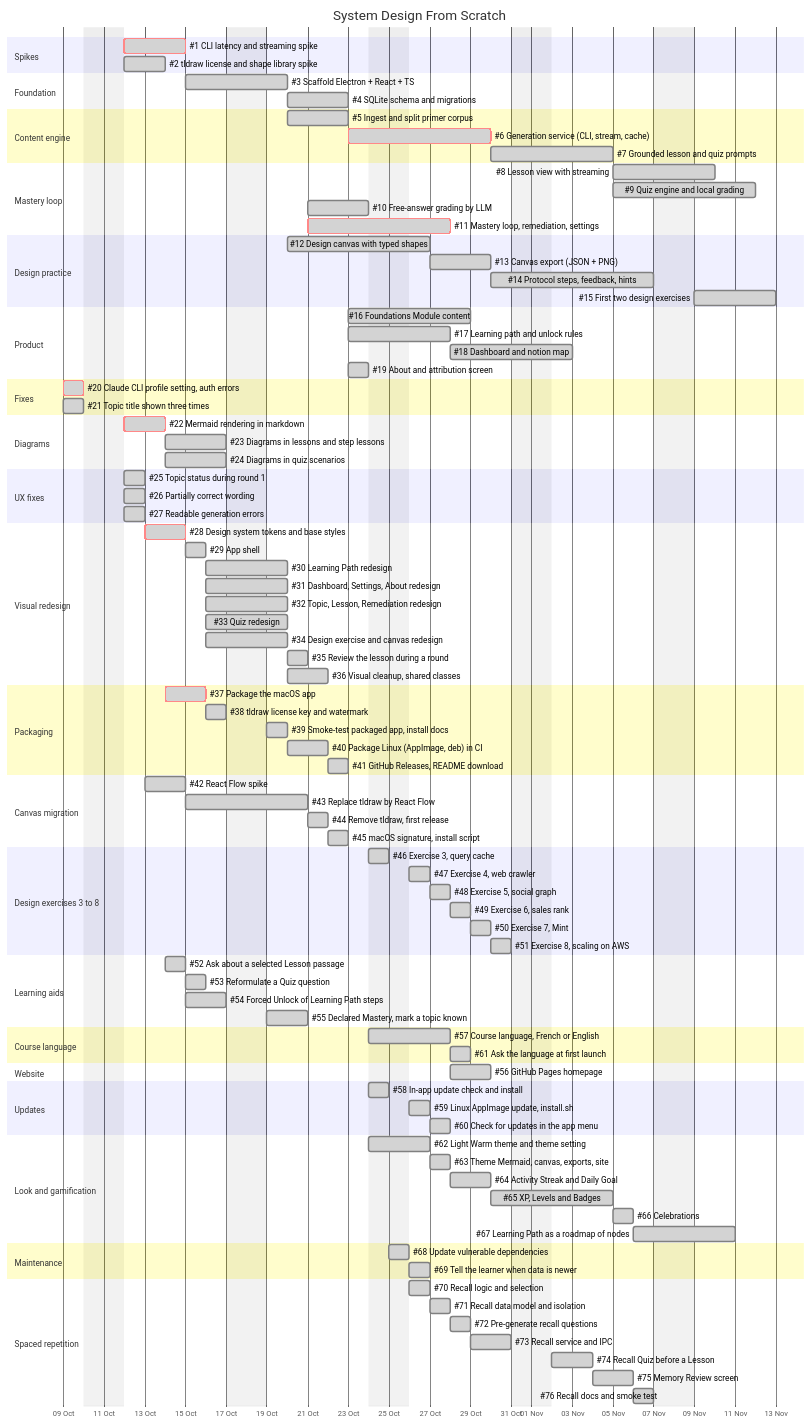
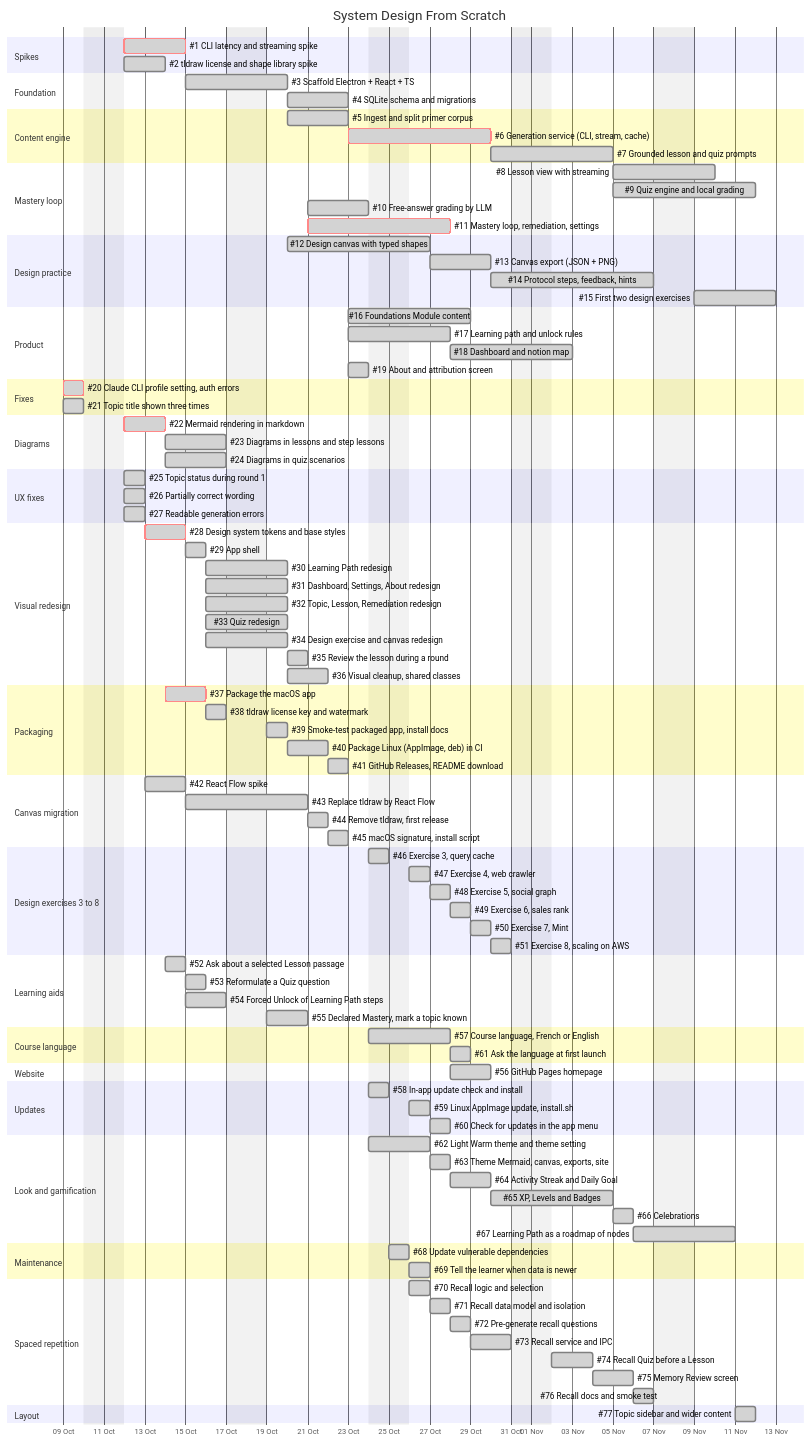
The diagram in docs/ROADMAP.md (jbclaramonte/system-design-from-scratch), drawn with Mermaid before and after one commit. The commit also changed other lines of this file and 21 other files, not shown here.

First line of the commit message:
feat: topic screen sidebar layout and wider content

````diff
--- a/docs/ROADMAP.md
+++ b/docs/ROADMAP.md
@@ -132,4 +132,7 @@
     #74 Recall Quiz before a Lesson           :done, r5, after r4, 2d
     #75 Memory Review screen                  :done, r6, after r5, 2d
     #76 Recall docs and smoke test            :done, r7, after r6, 1d
+
+    section Layout
+    #77 Topic sidebar and wider content       :done, ly1, 2026-11-11, 1d
 ```
````
